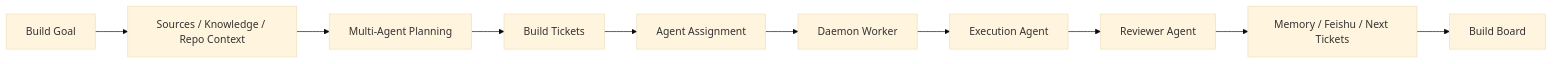
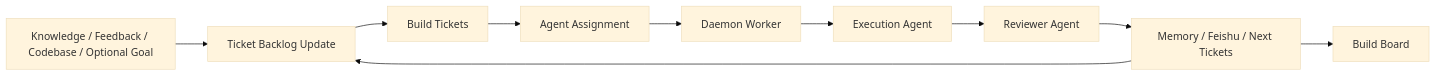
Before and after one commit to Hackerismydream/Ariadne: the second of 5 diagrams in docs/architecture/ARIADNE_V1_ARCHITECTURE.md, drawn with Mermaid (base theme). The commit also changed other lines of this file and 26 other files, not shown here.

Commit message:
docs: correct architecture to ticket-centered workbench

````diff
--- a/docs/architecture/ARIADNE_V1_ARCHITECTURE.md
+++ b/docs/architecture/ARIADNE_V1_ARCHITECTURE.md
@@ -233,12 +252,12 @@
 ```mermaid
 flowchart LR
-  Goal["Build Goal"] --> Source["Sources / Knowledge / Repo Context"]
-  Source --> Plan["Multi-Agent Planning"]
-  Plan --> Ticket["Build Tickets"]
+  Input["Knowledge / Feedback / Codebase / Optional Goal"] --> Update["Ticket Backlog Update"]
+  Update --> Ticket["Build Tickets"]
   Ticket --> Assignment["Agent Assignment"]
   Assignment --> Daemon["Daemon Worker"]
   Daemon --> Exec["Execution Agent"]
   Exec --> Review["Reviewer Agent"]
   Review --> Memory["Memory / Feishu / Next Tickets"]
   Memory --> Board["Build Board"]
+  Memory --> Update
 ```
````
